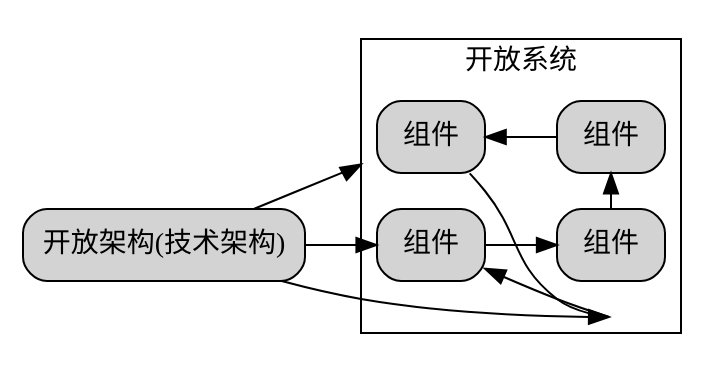
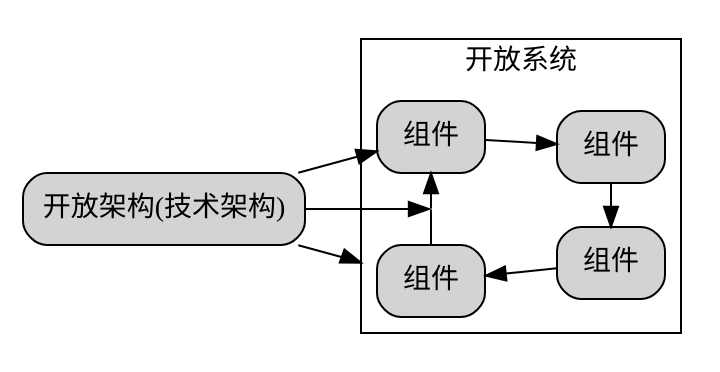
One commit to chaozhang2000/soa changed the diagram in parts/definition1.dot. Above: the diagram before and after it, drawn with Graphviz. The commit also changed 2 other files, not shown here.

```diff
--- a/parts/definition1.dot
+++ b/parts/definition1.dot
@@ -1,51 +1,51 @@
 digraph G {
   graph [rankdir=LR,compound=true];
   node [shape=box, style="rounded,filled"];
   
   subgraph cluster_system1{
     label="开放系统"
     node1[label="组件"]
     node2[label="组件"] 
     node3[label="组件"]
     node4[label="组件"]
     
     // 创建不可见节点
     invis_node [shape=point, width=0, height=0, label=""]
     
     // 重新连接节点，在node1和node2之间插入不可见节点
     node1 -> node2
     node2 -> node3
     node3 -> node4
     node4 -> invis_node [dir=none]  // dir=none 表示没有箭头node1
     invis_node->node1
     
-    {rank=same;node1;node4}
+    {rank=same;node1;node4;invis_node}
     {rank=same;node2;node3}
   }
 TA[label="开放架构(技术架构)"]
 TA->node1
 TA->invis_node
 TA->node4[lhead="cluster_system1"]
   
   // 示例：如何连接到隐藏节点
   // external_node -> invis_node
 }
 /*
 digraph G {
   graph [rankdir=LR,compound=true];
   node [shape=box, style="rounded,filled"];
 subgraph cluster_MOSA_benefits{
 	label="系统"
 	node1[label="组件"]
 	node2[label="组件"]
 	node3[label="组件"]
 	node4[label="组件"]
 	node1 -> node2
 	node2->node3
 	node3 ->node4
 	node4 -> node1
 	{rank=same;node1;node4}
 	{rank=same;node2;node3}
 }
 TA[label="开放架构(技术架构)"]
 }*/
```
